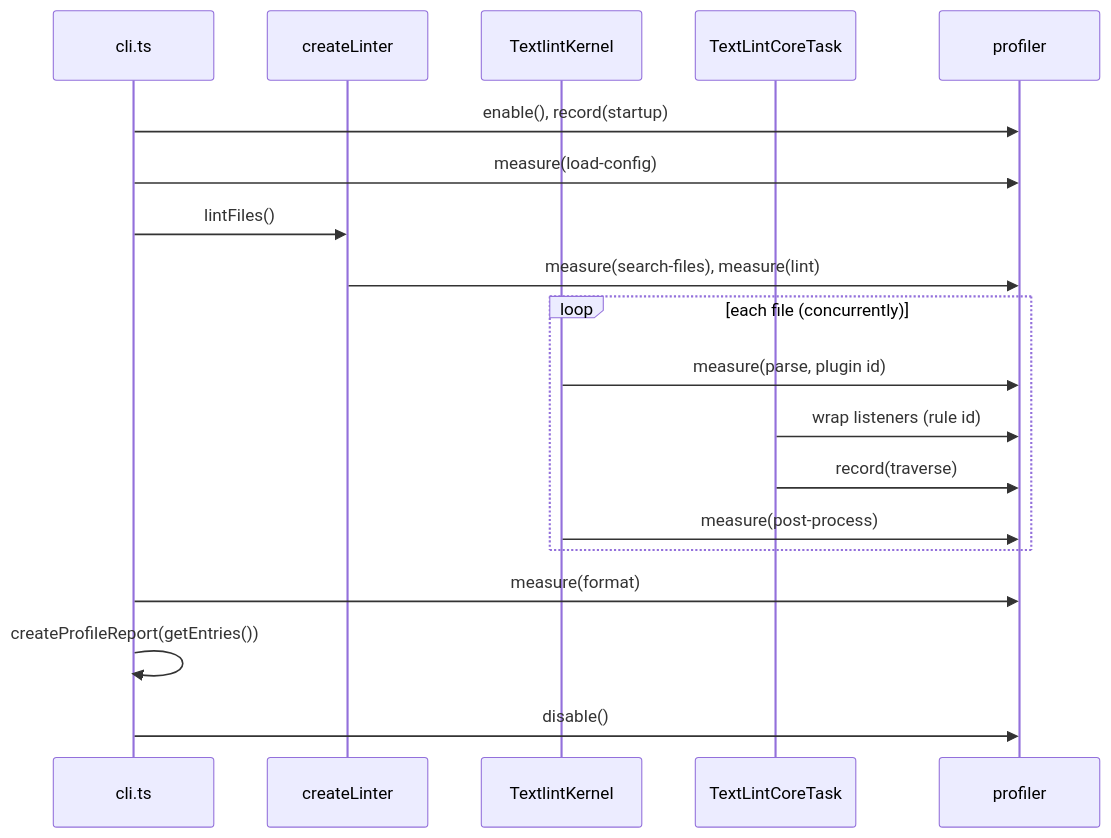
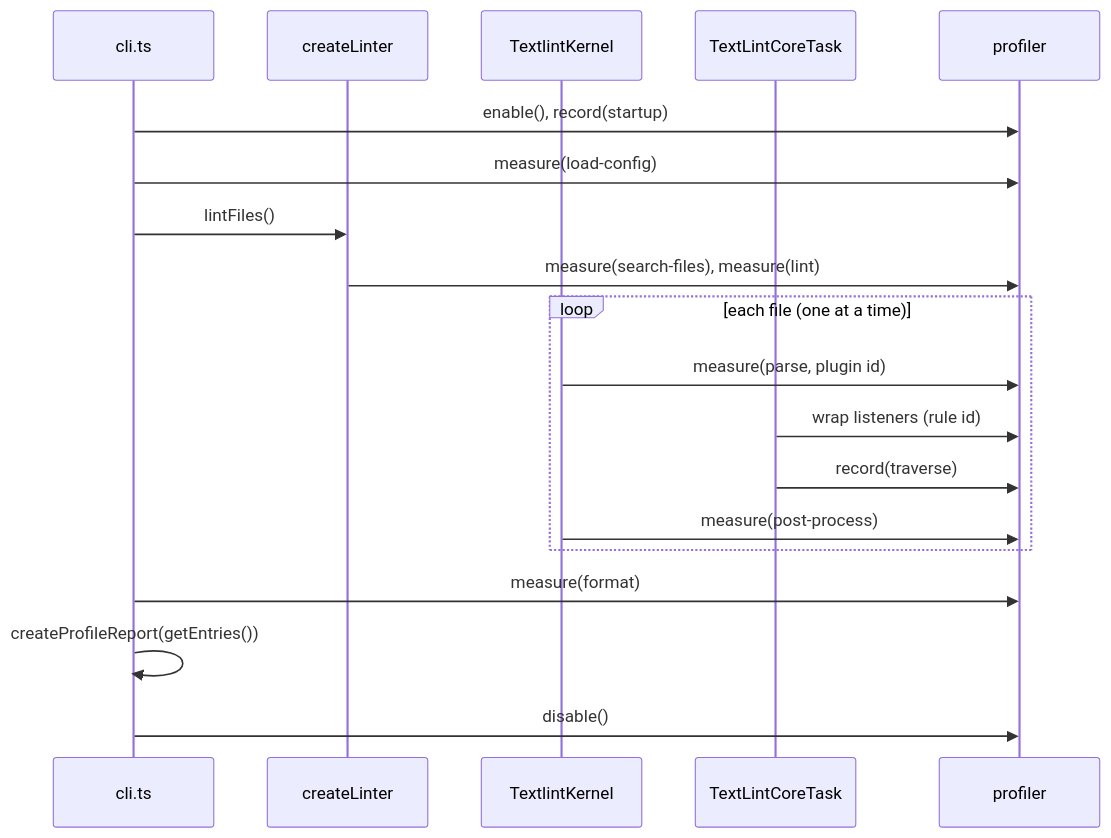
Before and after one commit to textlint/textlint: the diagram in docs/products/textlint/features/performance-profile/design.md, drawn with Mermaid. The commit also changed other lines of this file and 7 other files, not shown here.

Commit message:
perf(textlint): lint a few files at a time and read each file when its turn comes (#2222)

````diff
--- a/docs/products/textlint/features/performance-profile/design.md
+++ b/docs/products/textlint/features/performance-profile/design.md
@@ -78,21 +81,21 @@
 ```mermaid
 sequenceDiagram
     participant CLI as cli.ts
     participant Linter as createLinter
     participant Kernel as TextlintKernel
     participant Task as TextLintCoreTask
     participant P as profiler
     CLI->>P: enable(), record(startup)
     CLI->>P: measure(load-config)
     CLI->>Linter: lintFiles()
     Linter->>P: measure(search-files), measure(lint)
-    loop each file (concurrently)
+    loop each file (one at a time)
         Kernel->>P: measure(parse, plugin id)
         Task->>P: wrap listeners (rule id)
         Task->>P: record(traverse)
         Kernel->>P: measure(post-process)
     end
     CLI->>P: measure(format)
     CLI->>CLI: createProfileReport(getEntries())
     CLI->>P: disable()
 ```
````
